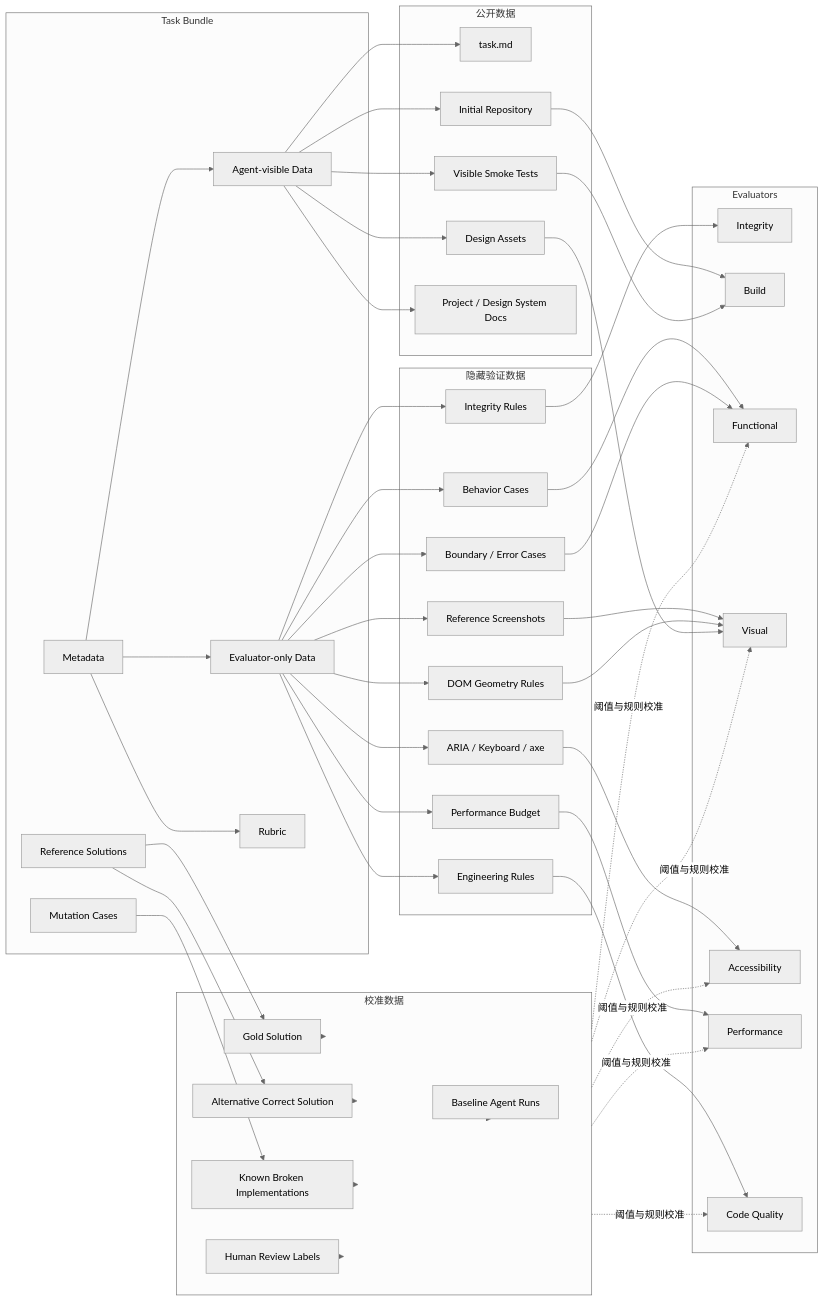
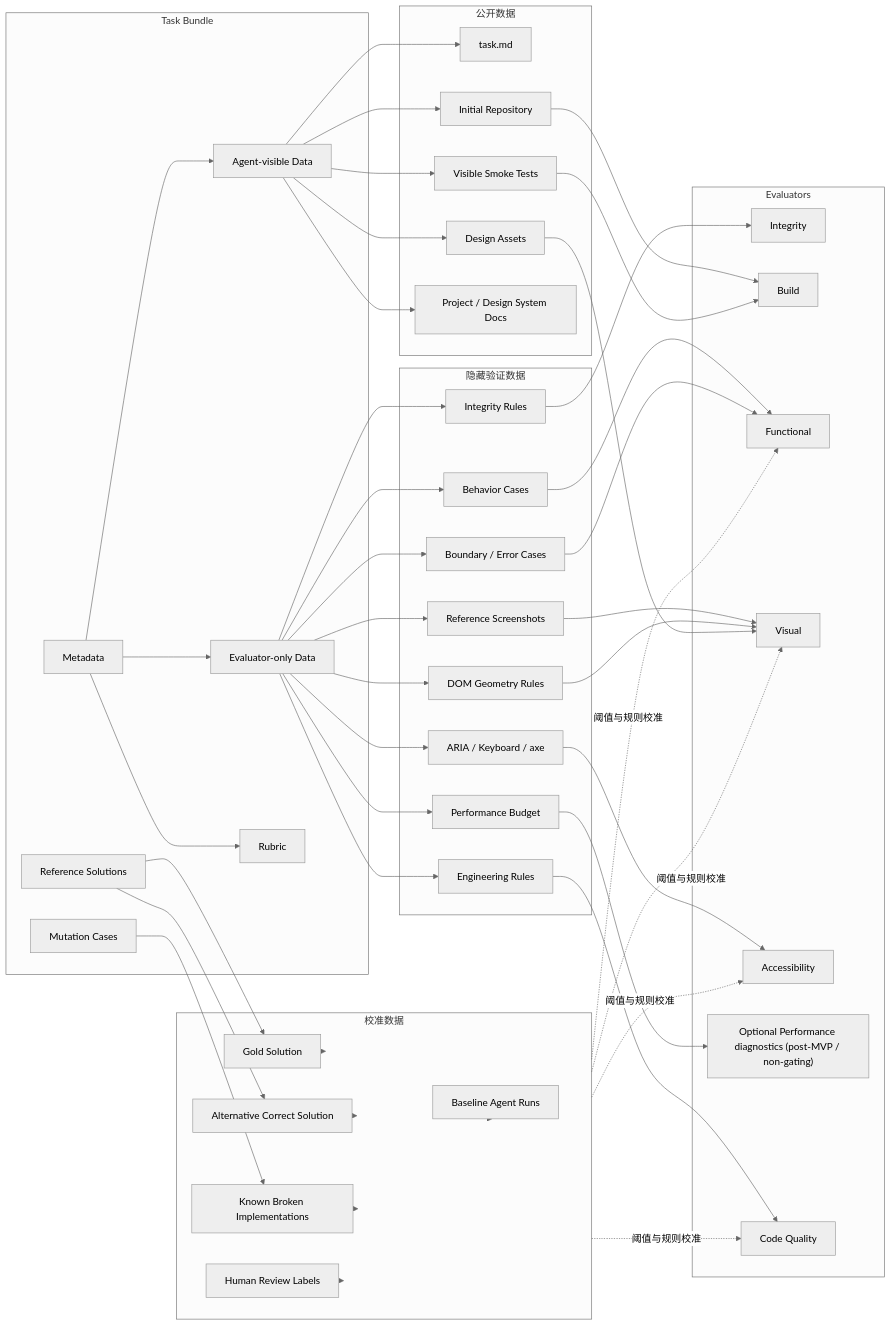
One commit to linghaoSu/fe-agent-benchmark changed the diagram in diagrams/dataset-validation.mmd. Above: the diagram before and after it, drawn with Mermaid (neutral theme). The commit also changed 34 other files, not shown here.

```diff
--- a/diagrams/dataset-validation.mmd
+++ b/diagrams/dataset-validation.mmd
@@ -1,93 +1,92 @@
 flowchart LR
     subgraph TaskBundle["Task Bundle"]
         Metadata["Metadata"]
         Public["Agent-visible Data"]
         Hidden["Evaluator-only Data"]
         Reference["Reference Solutions"]
         Mutation["Mutation Cases"]
         Rubric["Rubric"]
     end
 
     subgraph PublicSet["公开数据"]
         Prompt["task.md"]
         Repo["Initial Repository"]
         Assets["Design Assets"]
         Smoke["Visible Smoke Tests"]
         Docs["Project / Design System Docs"]
     end
 
     subgraph HiddenSet["隐藏验证数据"]
         Behavior["Behavior Cases"]
         Boundary["Boundary / Error Cases"]
         Visual["Reference Screenshots"]
         Geometry["DOM Geometry Rules"]
         A11y["ARIA / Keyboard / axe"]
         Perf["Performance Budget"]
         Rules["Engineering Rules"]
         AntiCheat["Integrity Rules"]
     end
 
     subgraph Calibration["校准数据"]
         Gold["Gold Solution"]
         Alternative["Alternative Correct Solution"]
         Mutations["Known Broken Implementations"]
         Human["Human Review Labels"]
         Baseline["Baseline Agent Runs"]
     end
 
     subgraph Evaluators["Evaluators"]
         I["Integrity"]
         B["Build"]
         F["Functional"]
         V["Visual"]
         A["Accessibility"]
-        P["Performance"]
+        P["Optional Performance diagnostics (post-MVP / non-gating)"]
         C["Code Quality"]
     end
 
     Metadata --> Public
     Metadata --> Hidden
     Metadata --> Rubric
 
     Public --> Prompt
     Public --> Repo
     Public --> Assets
     Public --> Smoke
     Public --> Docs
 
     Hidden --> Behavior
     Hidden --> Boundary
     Hidden --> Visual
     Hidden --> Geometry
     Hidden --> A11y
     Hidden --> Perf
     Hidden --> Rules
     Hidden --> AntiCheat
 
     Reference --> Gold
     Reference --> Alternative
     Mutation --> Mutations
 
     AntiCheat --> I
     Repo --> B
     Smoke --> B
     Behavior --> F
     Boundary --> F
     Visual --> V
     Geometry --> V
     Assets --> V
     A11y --> A
     Perf --> P
     Rules --> C
 
     Gold --> Calibration
     Alternative --> Calibration
     Mutations --> Calibration
     Human --> Calibration
     Baseline --> Calibration
 
     Calibration -.阈值与规则校准.-> F
     Calibration -.阈值与规则校准.-> V
     Calibration -.阈值与规则校准.-> A
-    Calibration -.阈值与规则校准.-> P
     Calibration -.阈值与规则校准.-> C
```
